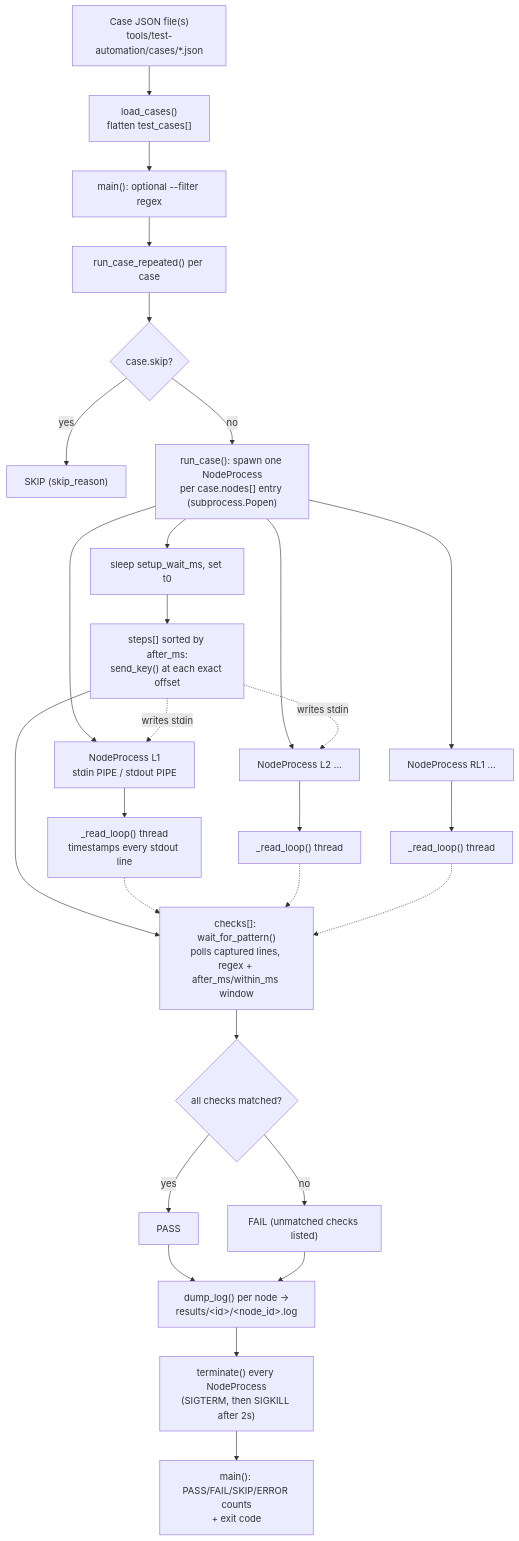
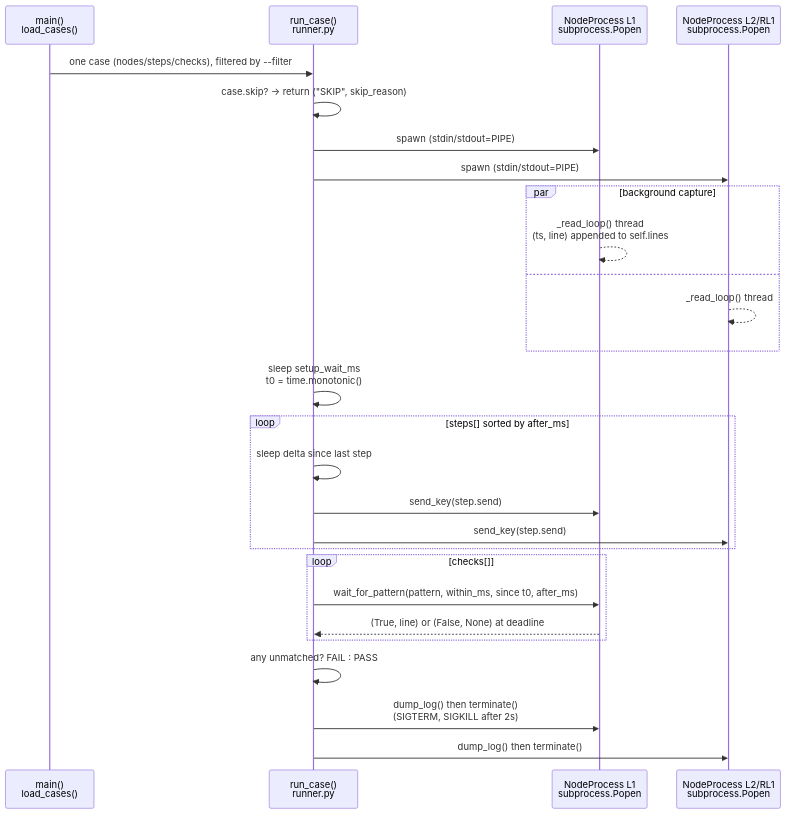
Before and after one commit to lucietran03/traffic-control-system: the diagram in docs/flow-diagrams/F-08-test-automation-tooling.md, drawn with Mermaid. The commit also changed other lines of this file and 22 other files, not shown here.

First line of the commit message:
Restyle flow-diagram docs: diagram-first, minimal prose

````diff
--- a/docs/flow-diagrams/F-08-test-automation-tooling.md
+++ b/docs/flow-diagrams/F-08-test-automation-tooling.md
@@ -160,37 +7,35 @@
 ```mermaid
-flowchart TD
-    JSON["Case JSON file(s)<br/>tools/test-automation/cases/*.json"] --> LOAD["load_cases()<br/>flatten test_cases[]"]
-    LOAD --> FILTER["main(): optional --filter regex"]
-    FILTER --> LOOP["run_case_repeated() per case"]
+sequenceDiagram
+    participant Main as main()<br/>load_cases()
+    participant Runner as run_case()<br/>runner.py
+    participant N1 as NodeProcess L1<br/>subprocess.Popen
+    participant N2 as NodeProcess L2/RL1<br/>subprocess.Popen
 
-    LOOP --> SKIP{"case.skip?"}
-    SKIP -- yes --> SKIPRESULT["SKIP (skip_reason)"]
-    SKIP -- no --> SPAWN["run_case(): spawn one NodeProcess<br/>per case.nodes[] entry (subprocess.Popen)"]
+    Main->>Runner: one case (nodes/steps/checks), filtered by --filter
+    Runner->>Runner: case.skip? -> return ("SKIP", skip_reason)
 
-    SPAWN --> N1["NodeProcess L1<br/>stdin PIPE / stdout PIPE"]
-    SPAWN --> N2["NodeProcess L2 ..."]
-    SPAWN --> N3["NodeProcess RL1 ..."]
+    Runner->>N1: spawn (stdin/stdout=PIPE)
+    Runner->>N2: spawn (stdin/stdout=PIPE)
+    par background capture
+        N1-->>N1: _read_loop() thread<br/>(ts, line) appended to self.lines
+    and
+        N2-->>N2: _read_loop() thread
+    end
 
-    N1 --> R1["_read_loop() thread<br/>timestamps every stdout line"]
-    N2 --> R2["_read_loop() thread"]
-    N3 --> R3["_read_loop() thread"]
+    Runner->>Runner: sleep setup_wait_ms<br/>t0 = time.monotonic()
 
-    SPAWN --> WAIT["sleep setup_wait_ms, set t0"]
-    WAIT --> STEPS["steps[] sorted by after_ms:<br/>send_key() at each exact offset"]
-    STEPS -.writes stdin.-> N1
-    STEPS -.writes stdin.-> N2
+    loop steps[] sorted by after_ms
+        Runner->>Runner: sleep delta since last step
+        Runner->>N1: send_key(step.send)
+        Runner->>N2: send_key(step.send)
+    end
 
-    STEPS --> CHECKS["checks[]: wait_for_pattern()<br/>polls captured lines, regex + after_ms/within_ms window"]
-    R1 -.-> CHECKS
-    R2 -.-> CHECKS
-    R3 -.-> CHECKS
+    loop checks[]
+        Runner->>N1: wait_for_pattern(pattern, within_ms, since t0, after_ms)
+        N1-->>Runner: (True, line) or (False, None) at deadline
+    end
 
-    CHECKS --> VERDICT{"all checks matched?"}
-    VERDICT -- yes --> PASS["PASS"]
-    VERDICT -- no --> FAIL["FAIL (unmatched checks listed)"]
-
-    PASS --> LOGS["dump_log() per node -><br/>results/&lt;id&gt;/&lt;node_id&gt;.log"]
-    FAIL --> LOGS
-    LOGS --> TERM["terminate() every NodeProcess<br/>(SIGTERM, then SIGKILL after 2s)"]
-    TERM --> SUMMARY["main(): PASS/FAIL/SKIP/ERROR counts<br/>+ exit code"]
+    Runner->>Runner: any unmatched? FAIL : PASS
+    Runner->>N1: dump_log() then terminate()<br/>(SIGTERM, SIGKILL after 2s)
+    Runner->>N2: dump_log() then terminate()
 ```
````
